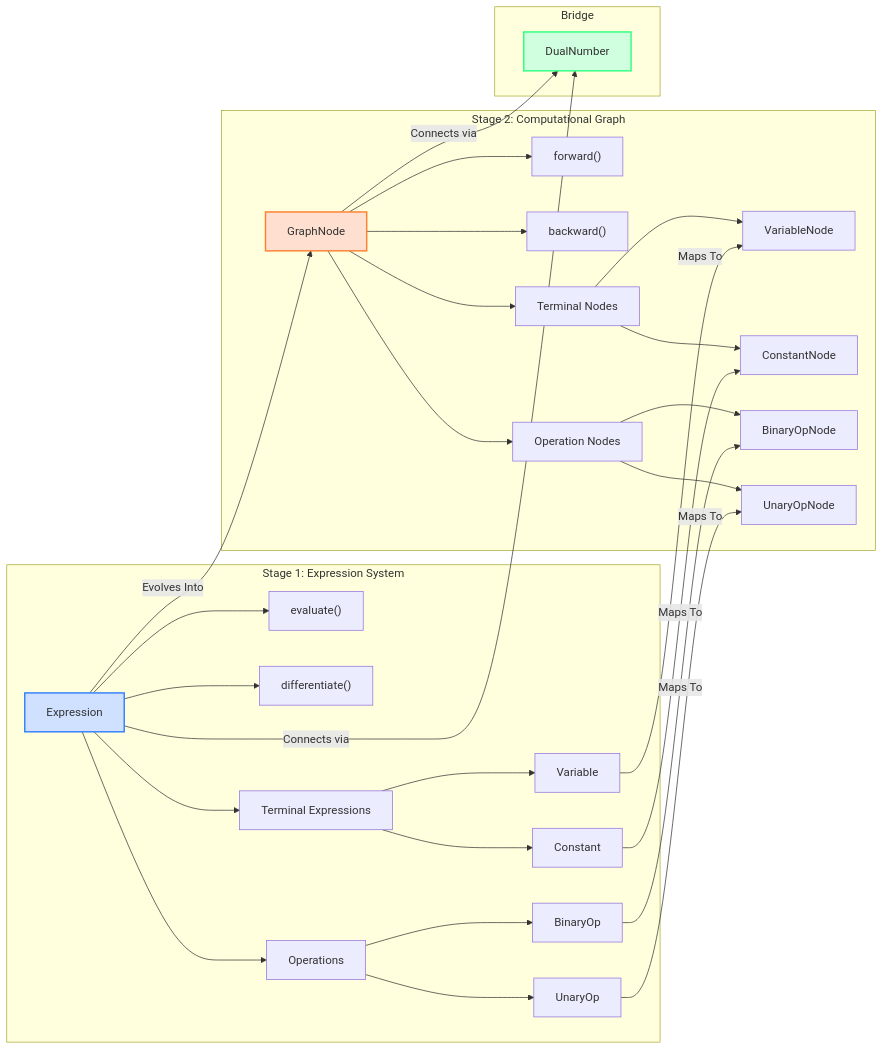
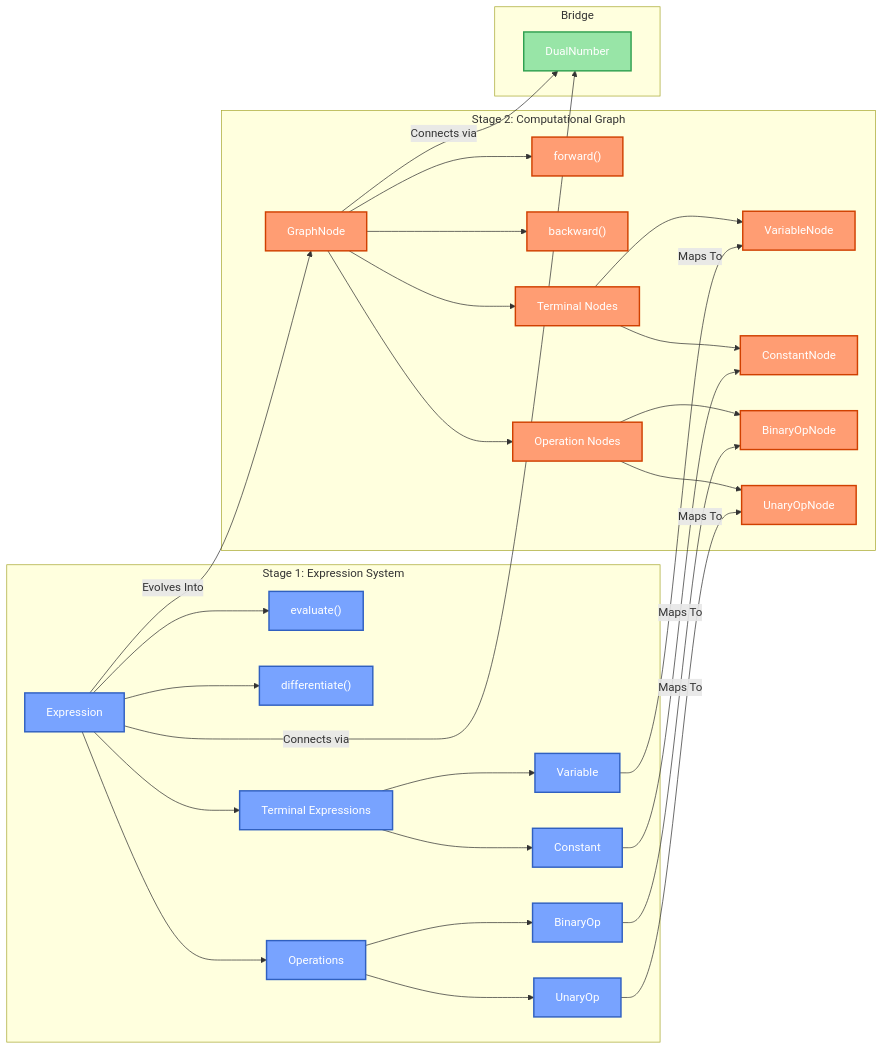
Before and after one commit to rdguerrerom/AutoDiff: the fifth of 5 diagrams in README.md, drawn with Mermaid. The commit also changed other lines of this file and 8 other files, not shown here.

````diff
--- a/README.md
+++ b/README.md
@@ -212,41 +220,45 @@
 ```mermaid
 graph LR
     subgraph "Stage 1: Expression System"
         A1["Expression<T>"] --> A2["evaluate()"]
         A1 --> A3["differentiate()"]
         A1 --> A4["Terminal Expressions"]
         A4 --> A5["Variable<T>"]
         A4 --> A6["Constant<T>"]
         A1 --> A7["Operations"]
         A7 --> A8["BinaryOp<T>"]
         A7 --> A9["UnaryOp<T>"]
     end
     
     subgraph "Stage 2: Computational Graph"
         B1["GraphNode<T>"] --> B2["forward()"]
         B1 --> B3["backward()"]
         B1 --> B4["Terminal Nodes"]
         B4 --> B5["VariableNode<T>"]
         B4 --> B6["ConstantNode<T>"]
         B1 --> B7["Operation Nodes"]
         B7 --> B8["BinaryOpNode<T>"]
         B7 --> B9["UnaryOpNode<T>"]
     end
     
     A1 -- "Evolves Into" --> B1
     A5 -- "Maps To" --> B5
     A6 -- "Maps To" --> B6
     A8 -- "Maps To" --> B8
     A9 -- "Maps To" --> B9
     
     subgraph "Bridge"
         C1["DualNumber<T>"]
     end
     
     A1 -- "Connects via" --> C1
     B1 -- "Connects via" --> C1
     
-    style A1 fill:#d0e0ff,stroke:#3080ff,stroke-width:2px
-    style B1 fill:#ffe0d0,stroke:#ff8030,stroke-width:2px
-    style C1 fill:#d0ffe0,stroke:#30ff80,stroke-width:2px
+    classDef stage1 fill:#78a3ff,stroke:#3060c0,stroke-width:2px,color:#fff
+    classDef stage2 fill:#ff9d73,stroke:#d04000,stroke-width:2px,color:#fff
+    classDef bridge fill:#98e5a7,stroke:#30a050,stroke-width:2px,color:#fff
+    
+    class A1,A2,A3,A4,A5,A6,A7,A8,A9 stage1
+    class B1,B2,B3,B4,B5,B6,B7,B8,B9 stage2
+    class C1 bridge
 ```
````
